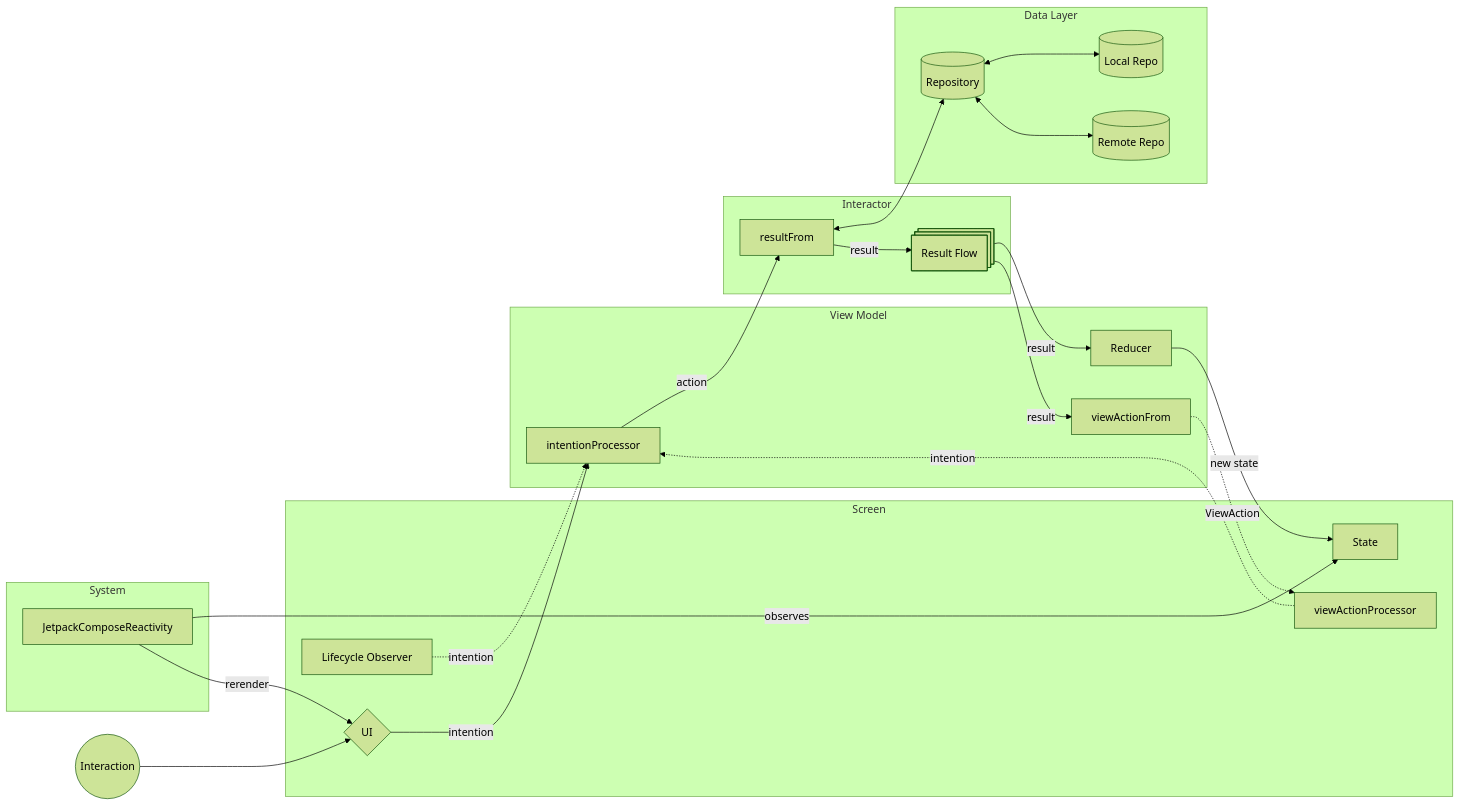
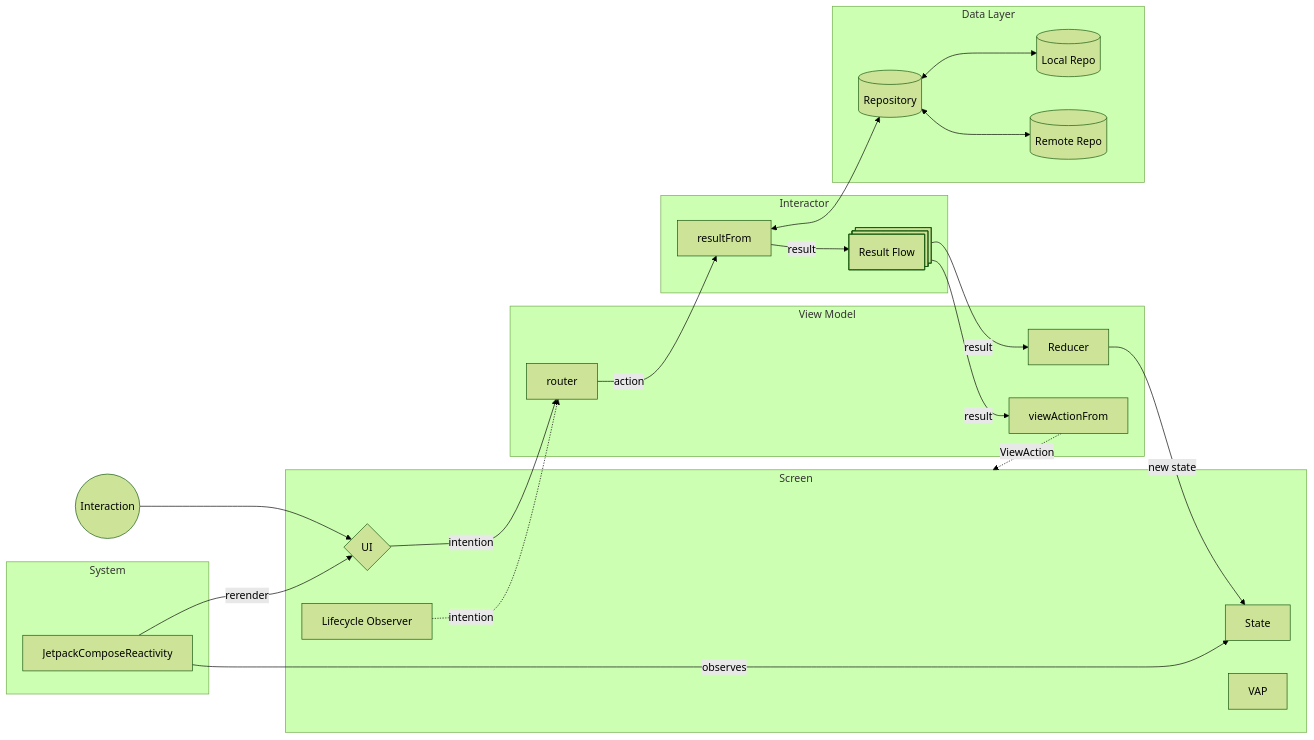
The diagram in ARCHITECTURE.md (ibad-al-rahman/android-public), drawn with Mermaid (forest theme) before and after one commit.

Commit message:
docs: fixed namings and arrows

````diff
--- a/ARCHITECTURE.md
+++ b/ARCHITECTURE.md
@@ -7,46 +7,45 @@
 ```mermaid
 graph LR
     INT((Interaction)) --> UI{UI}
-    UI -->|intention| IP[intentionProcessor]
-    IP -->|action| RF[resultFrom]
+    UI -->|intention| ROU[router]
+    ROU -->|action| RF[resultFrom]
     RF <--> REPO[(Repository)]
     RF -->|result| RFL@{ shape: processes, label: "Result Flow" }
     RFL -->|result| RED[Reducer]
     RFL -->|result| VAF[viewActionFrom]
     RED -->|new state| ST[State]
-    VAF -.->|ViewAction| VAP[viewActionProcessor]
-    VAP -.->|intention| IP
+    VAF -.->|ViewAction| Screen[viewActionProcessor]
 
     LO[Lifecycle Observer]
-    LO -.->|intention| IP
+    LO -.->|intention| ROU
 
     subgraph "Screen"
         ST
         UI
         VAP
         LO
     end
 
     subgraph "View Model"
-        IP
+        ROU
         RED
         VAF
     end
 
     subgraph "Interactor"
         RFL@{ shape: processes, label: "Result Flow" }
         RF
     end
 
     subgraph "System"
         JCR[JetpackComposeReactivity]
     end
 
     JCR -->|observes| ST
     JCR -->|rerender| UI
 
     subgraph "Data Layer"
         REPO <--> LR[(Local Repo)]
         REPO <--> RR[(Remote Repo)]
     end
 ```
````
